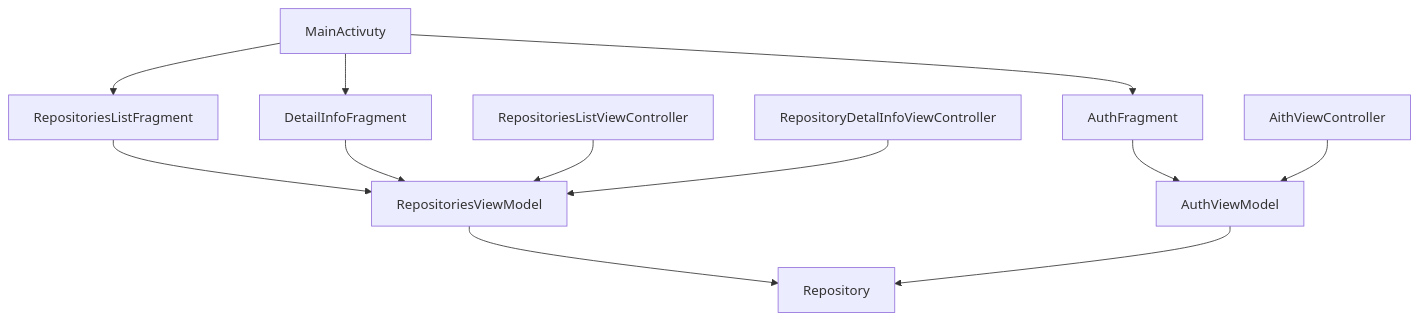
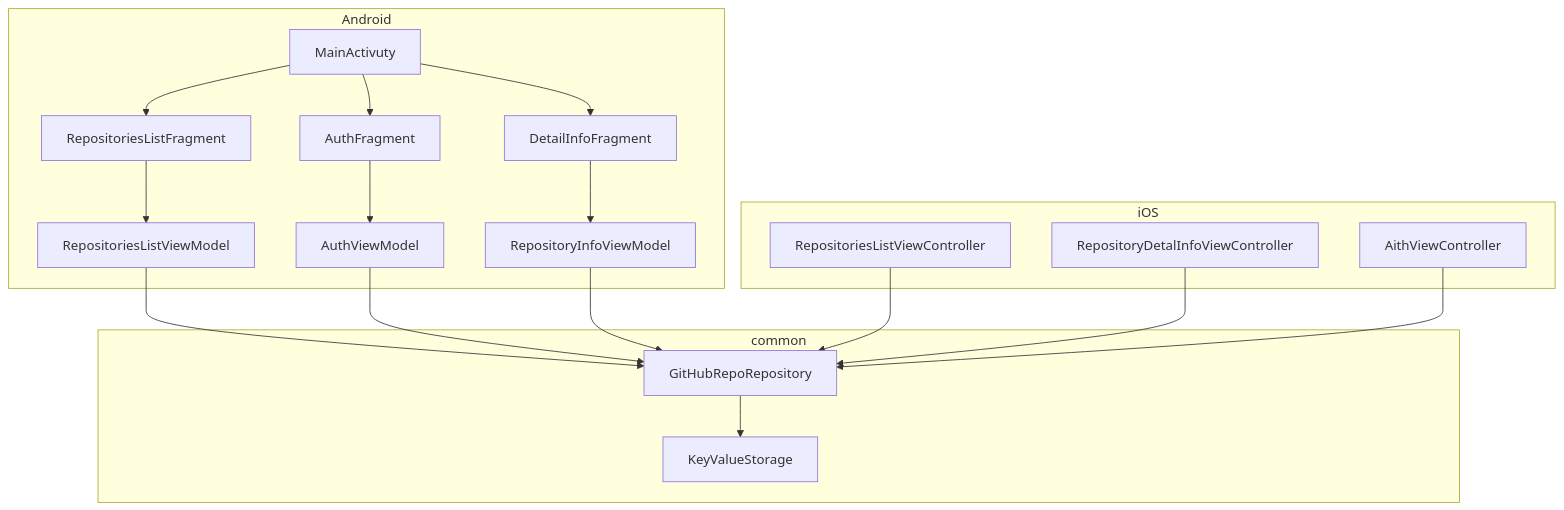
Before and after one commit to icerockdev/kmm.icerock.dev: the diagram in university/3-kotlin-multiplatform-mobile/practice.md, drawn with Mermaid. The commit also changed other lines of this file and 10 other files, not shown here.

````diff
--- a/university/3-kotlin-multiplatform-mobile/practice.md
+++ b/university/3-kotlin-multiplatform-mobile/practice.md
@@ -28,18 +28,45 @@
 ```mermaid
-   graph TD
+graph TD
+
+subgraph common
+   GitHubRepoRepository
+   KeyValueStorage
+end
+
+subgraph iOS
+  RepositoriesListViewController
+  RepositoryDetalInfoViewController
+  AithViewController
+end
+
+subgraph Android
+  MainActivuty
+
+  RepositoriesListFragment
+  DetailInfoFragment
+  AuthFragment
+
+  RepositoriesListViewModel
+  RepositoryInfoViewModel
+  AuthViewModel
+end
+
+MainActivuty --> AuthFragment
+MainActivuty --> RepositoriesListFragment
+MainActivuty --> DetailInfoFragment
+
+RepositoriesListFragment --> RepositoriesListViewModel
+DetailInfoFragment --> RepositoryInfoViewModel
+AuthFragment --> AuthViewModel
    
-   MainActivuty --> AuthFragment
-   MainActivuty --> RepositoriesListFragment
-   MainActivuty --> DetailInfoFragment
-   
-   RepositoriesListFragment --> RepositoriesViewModel
-   DetailInfoFragment --> RepositoriesViewModel
-   AuthFragment --> AuthViewModel
-   
-   RepositoriesViewModel --> Repository
-   AuthViewModel --> Repository
+RepositoriesListViewModel --> GitHubRepoRepository
+AuthViewModel --> GitHubRepoRepository
+RepositoryInfoViewModel --> GitHubRepoRepository
        
-   RepositoriesListViewController --> RepositoriesViewModel
-   RepositoryDetalInfoViewController --> RepositoriesViewModel
-   AithViewController --> AuthViewModel
+
+RepositoriesListViewController --> GitHubRepoRepository
+RepositoryDetalInfoViewController --> GitHubRepoRepository
+AithViewController --> GitHubRepoRepository
+
+GitHubRepoRepository --> KeyValueStorage
 ```
````
